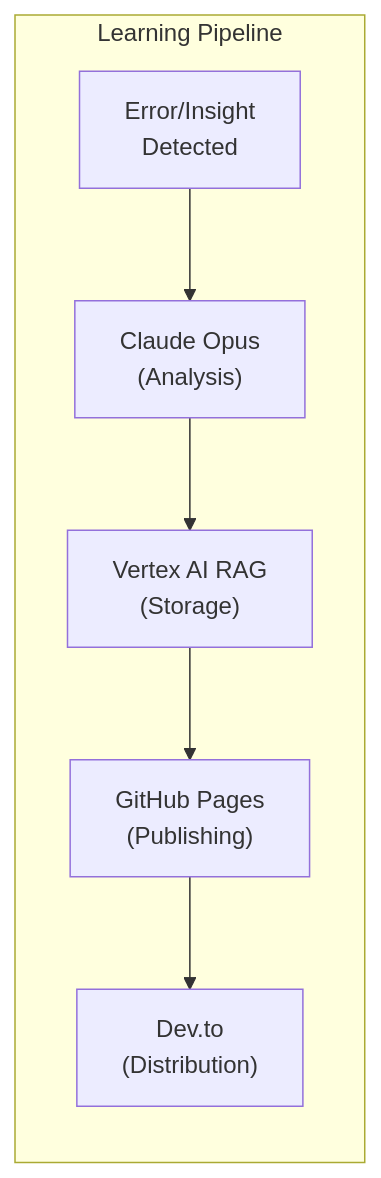
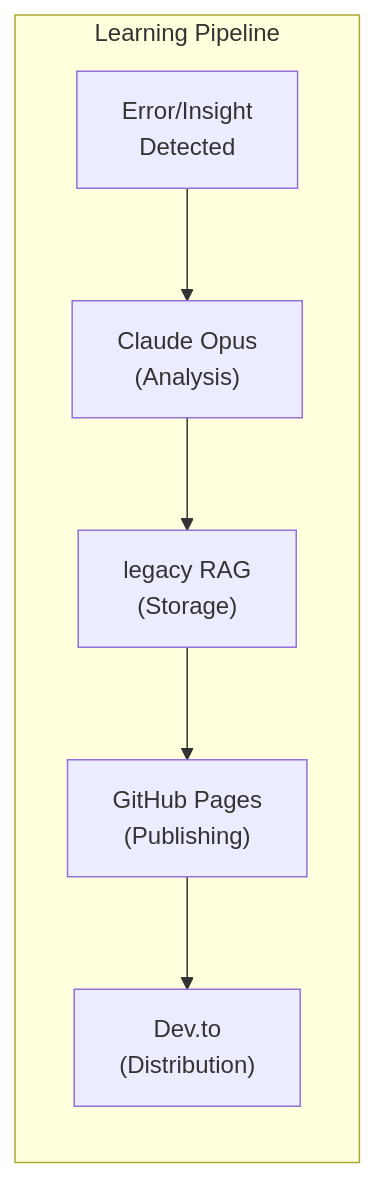
The diagram in docs/_posts/2026-01-13-lessons-learned.md (webclinic017/trading-spy-iron-condor), drawn with Mermaid before and after one commit. The commit also changed other lines of this file and 69 other files, not shown here.

```diff
--- a/docs/_posts/2026-01-13-lessons-learned.md
+++ b/docs/_posts/2026-01-13-lessons-learned.md
@@ -149,9 +149,9 @@
 <div class="mermaid">
 flowchart LR
     subgraph Learning["Learning Pipeline"]
         ERROR["Error/Insight<br/>Detected"] --> CLAUDE["Claude Opus<br/>(Analysis)"]
-        CLAUDE --> RAG["Vertex AI RAG<br/>(Storage)"]
+        CLAUDE --> RAG["legacy RAG<br/>(Storage)"]
         RAG --> BLOG["GitHub Pages<br/>(Publishing)"]
         BLOG --> DEVTO["Dev.to<br/>(Distribution)"]
     end
 </div>
```
